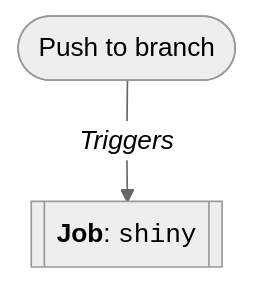
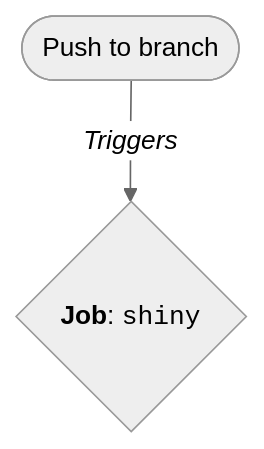
Before and after one commit to mjfrigaard/shiny-app-pkgs: the fifth of 8 diagrams in gha.qmd, drawn with Mermaid. The commit also changed other lines of this file and 8 other files, not shown here.

````diff
--- a/gha.qmd
+++ b/gha.qmd
@@ -790,7 +782,7 @@
 ```{mermaid}
 %%| fig-align: center
 %%{init: {'theme': 'neutral', 'themeVariables': { 'fontFamily': 'monospace', "fontSize":"16px"}}}%%
 flowchart TD
   Push(["Push to branch"])
-  Push -->|"<em>Triggers</em>"| Shiny[["<strong>Job</strong>: <code>shiny</code>"]]
+  Push -->|"<em>Triggers</em>"| Shiny{"<strong>Job</strong>: <code>shiny</code>"}
 ```
````
